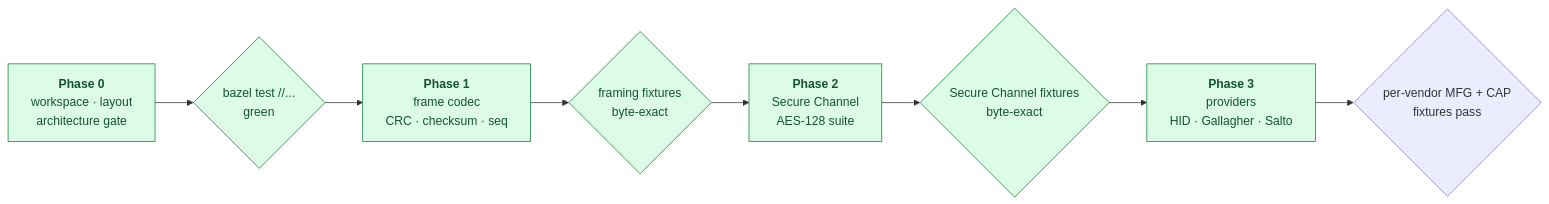
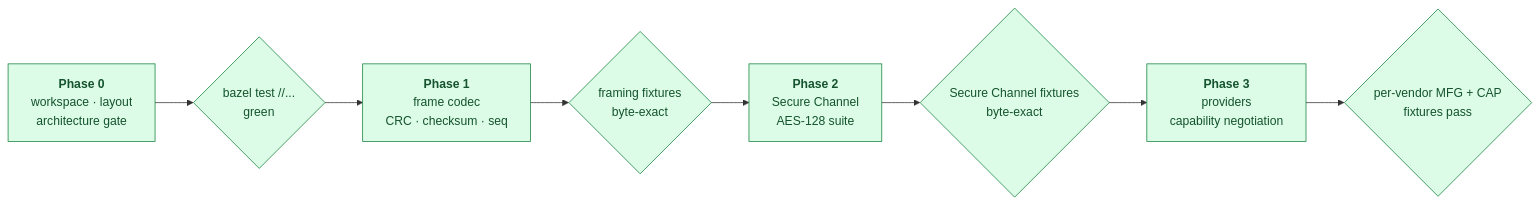
Before and after one commit to regalium-os/osdp-go: the fourth of 4 diagrams in README.md, drawn with Mermaid. The commit also changed other lines of this file and 16 other files, not shown here.

First line of the commit message:
feat: implement capability negotiation and manufacturer message handling

````diff
--- a/README.md
+++ b/README.md
@@ -202,16 +220,16 @@
 ```mermaid
 flowchart LR
     p0["<b>Phase 0</b><br/>workspace · layout<br/>architecture gate"]
     g0{"bazel test //...<br/>green"}
     p1["<b>Phase 1</b><br/>frame codec<br/>CRC · checksum · seq"]
     g1{"framing fixtures<br/>byte-exact"}
     p2["<b>Phase 2</b><br/>Secure Channel<br/>AES-128 suite"]
     g2{"Secure Channel fixtures<br/>byte-exact"}
-    p3["<b>Phase 3</b><br/>providers<br/>HID · Gallagher · Salto"]
+    p3["<b>Phase 3</b><br/>providers<br/>capability negotiation"]
     g3{"per-vendor MFG + CAP<br/>fixtures pass"}
 
     p0 --> g0 --> p1 --> g1 --> p2 --> g2 --> p3 --> g3
 
     classDef done fill:#dcfce7,stroke:#15803d,color:#14532d
-    class p0,g0,p1,g1,p2,g2,p3 done
+    class p0,g0,p1,g1,p2,g2,p3,g3 done
 ```
````
